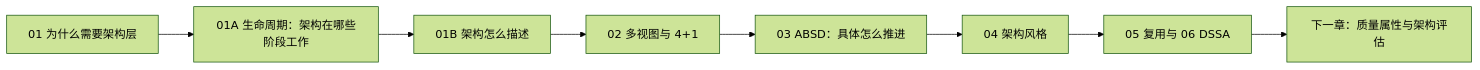
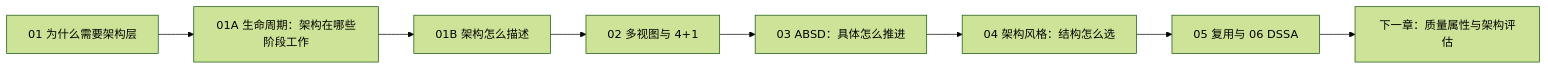
Before and after one commit to 74262195/system-architect-notes: the diagram in 01_综合知识/06_软件架构设计/软件架构设计索引.md, drawn with Mermaid (forest theme). The commit also changed other lines of this file, not shown here.

Commit message:
docs: add architecture styles to review queue

````diff
--- a/01_综合知识/06_软件架构设计/软件架构设计索引.md
+++ b/01_综合知识/06_软件架构设计/软件架构设计索引.md
@@ -66,10 +67,10 @@
 ```mermaid
 flowchart LR
     A["01 为什么需要架构层"] --> B["01A 生命周期：架构在哪些阶段工作"]
     B --> C["01B 架构怎么描述"]
     C --> D["02 多视图与 4+1"]
     D --> E["03 ABSD：具体怎么推进"]
-    E --> F["04 架构风格"]
+    E --> F["04 架构风格：结构怎么选"]
     F --> G["05 复用与 06 DSSA"]
     G --> H["下一章：质量属性与架构评估"]
 ```
````
